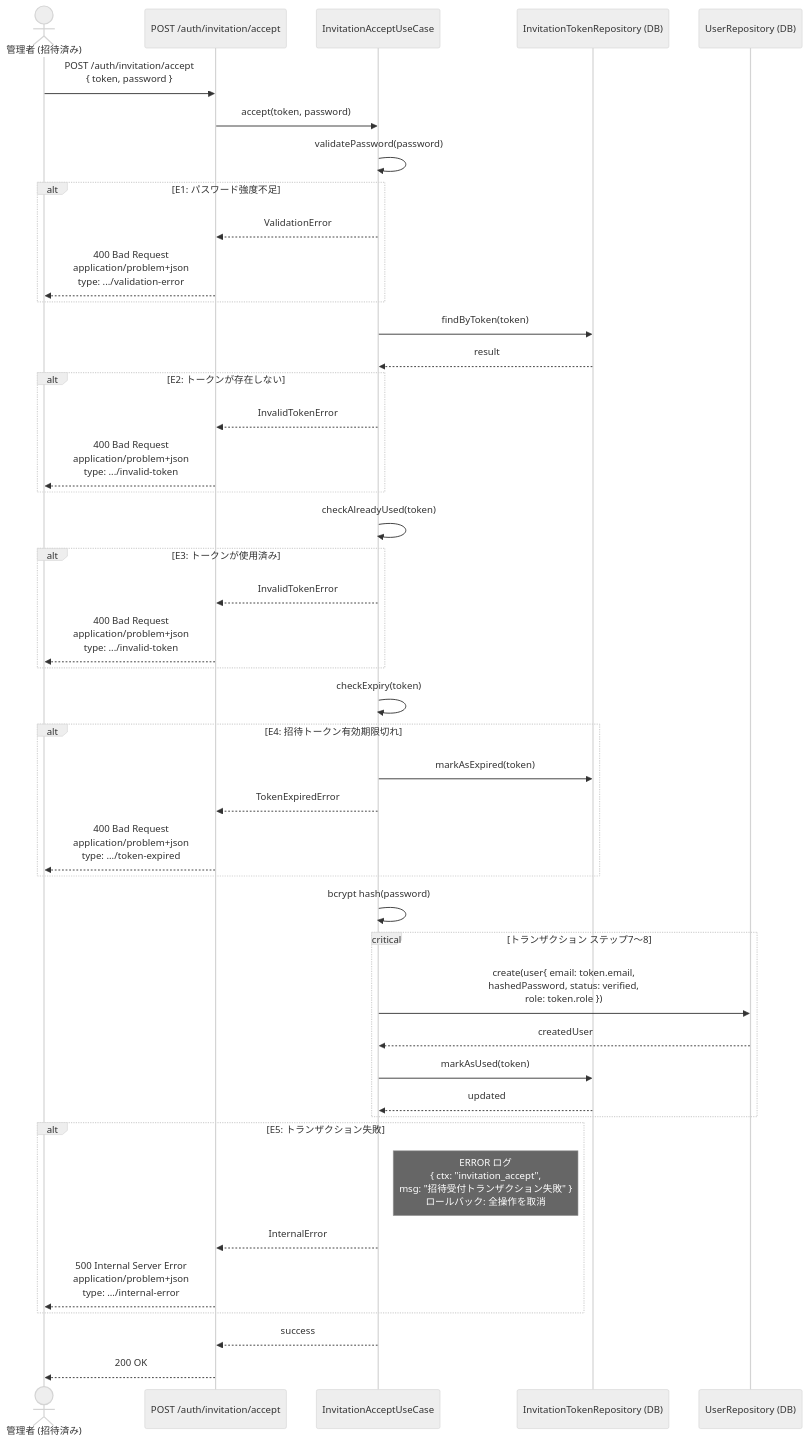
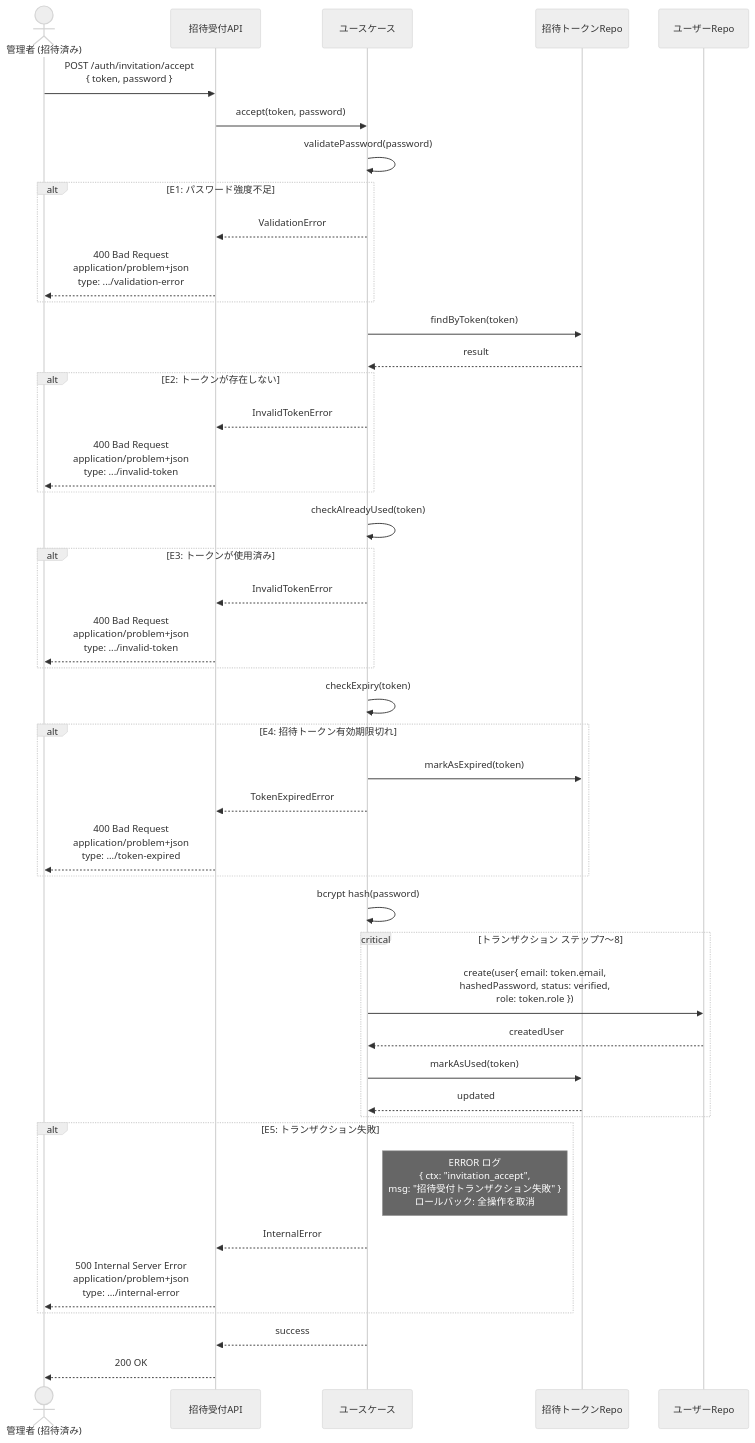
Before and after one commit to suunet/POC_HYDRA_AUTH: the second of 2 diagrams in .docs/design/buc/BUC-A02.md, drawn with Mermaid (neutral theme). The commit also changed 15 other files, not shown here.

````diff
--- a/.docs/design/buc/BUC-A02.md
+++ b/.docs/design/buc/BUC-A02.md
@@ -117,46 +117,46 @@
 ```mermaid
 sequenceDiagram
-  actor 管理者 as 管理者 (招待済み)
-  participant 招待受付API as POST /auth/invitation/accept
-  participant ユースケース as InvitationAcceptUseCase
-  participant 招待トークンRepo as InvitationTokenRepository (DB)
-  participant ユーザーRepo as UserRepository (DB)
-  管理者->>招待受付API: POST /auth/invitation/accept<br/>{ token, password }
-  招待受付API->>ユースケース: accept(token, password)
-  ユースケース->>ユースケース: validatePassword(password)
+  actor Admin as 管理者 (招待済み)
+  participant InviteAcceptAPI as 招待受付API
+  participant UseCase as ユースケース
+  participant InviteRepo as 招待トークンRepo
+  participant UserRepo as ユーザーRepo
+  Admin->>InviteAcceptAPI: POST /auth/invitation/accept<br/>{ token, password }
+  InviteAcceptAPI->>UseCase: accept(token, password)
+  UseCase->>UseCase: validatePassword(password)
   alt E1: パスワード強度不足
-  ユースケース-->>招待受付API: ValidationError
-  招待受付API-->>管理者: 400 Bad Request<br/>application/problem+json<br/>type: .../validation-error
+  UseCase-->>InviteAcceptAPI: ValidationError
+  InviteAcceptAPI-->>Admin: 400 Bad Request<br/>application/problem+json<br/>type: .../validation-error
   end
-  ユースケース->>招待トークンRepo: findByToken(token)
-  招待トークンRepo-->>ユースケース: result
+  UseCase->>InviteRepo: findByToken(token)
+  InviteRepo-->>UseCase: result
   alt E2: トークンが存在しない
-  ユースケース-->>招待受付API: InvalidTokenError
-  招待受付API-->>管理者: 400 Bad Request<br/>application/problem+json<br/>type: .../invalid-token
+  UseCase-->>InviteAcceptAPI: InvalidTokenError
+  InviteAcceptAPI-->>Admin: 400 Bad Request<br/>application/problem+json<br/>type: .../invalid-token
   end
-  ユースケース->>ユースケース: checkAlreadyUsed(token)
+  UseCase->>UseCase: checkAlreadyUsed(token)
   alt E3: トークンが使用済み
-  ユースケース-->>招待受付API: InvalidTokenError
-  招待受付API-->>管理者: 400 Bad Request<br/>application/problem+json<br/>type: .../invalid-token
+  UseCase-->>InviteAcceptAPI: InvalidTokenError
+  InviteAcceptAPI-->>Admin: 400 Bad Request<br/>application/problem+json<br/>type: .../invalid-token
   end
-  ユースケース->>ユースケース: checkExpiry(token)
+  UseCase->>UseCase: checkExpiry(token)
   alt E4: 招待トークン有効期限切れ
-  ユースケース->>招待トークンRepo: markAsExpired(token)
-  ユースケース-->>招待受付API: TokenExpiredError
-  招待受付API-->>管理者: 400 Bad Request<br/>application/problem+json<br/>type: .../token-expired
+  UseCase->>InviteRepo: markAsExpired(token)
+  UseCase-->>InviteAcceptAPI: TokenExpiredError
+  InviteAcceptAPI-->>Admin: 400 Bad Request<br/>application/problem+json<br/>type: .../token-expired
   end
-  ユースケース->>ユースケース: bcrypt hash(password)
+  UseCase->>UseCase: bcrypt hash(password)
   critical トランザクション ステップ7〜8
-  ユースケース->>ユーザーRepo: create(user{ email: token.email,<br/>hashedPassword, status: verified,<br/>role: token.role })
-  ユーザーRepo-->>ユースケース: createdUser
-  ユースケース->>招待トークンRepo: markAsUsed(token)
-  招待トークンRepo-->>ユースケース: updated
+  UseCase->>UserRepo: create(user{ email: token.email,<br/>hashedPassword, status: verified,<br/>role: token.role })
+  UserRepo-->>UseCase: createdUser
+  UseCase->>InviteRepo: markAsUsed(token)
+  InviteRepo-->>UseCase: updated
   end
   alt E5: トランザクション失敗
-  Note right of ユースケース: ERROR ログ<br/>{ ctx: "invitation_accept",<br/>msg: "招待受付トランザクション失敗" }<br/>ロールバック: 全操作を取消
-  ユースケース-->>招待受付API: InternalError
-  招待受付API-->>管理者: 500 Internal Server Error<br/>application/problem+json<br/>type: .../internal-error
+  Note right of UseCase: ERROR ログ<br/>{ ctx: "invitation_accept",<br/>msg: "招待受付トランザクション失敗" }<br/>ロールバック: 全操作を取消
+  UseCase-->>InviteAcceptAPI: InternalError
+  InviteAcceptAPI-->>Admin: 500 Internal Server Error<br/>application/problem+json<br/>type: .../internal-error
   end
-  ユースケース-->>招待受付API: success
-  招待受付API-->>管理者: 200 OK
+  UseCase-->>InviteAcceptAPI: success
+  InviteAcceptAPI-->>Admin: 200 OK
 ```
````
